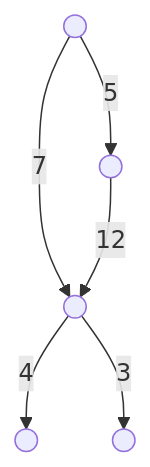
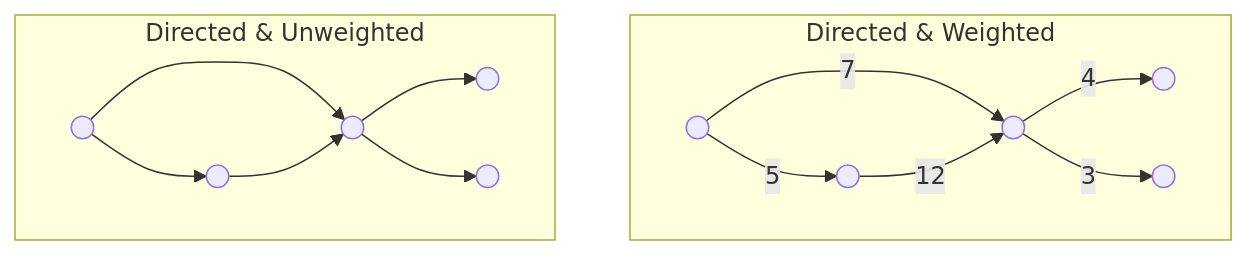
Before and after one commit to uncle-yi/uncle-yi.github.io: the second of 4 diagrams in _posts/2023-01-18-graph-neural-network-basics.md, drawn with Mermaid. The commit also changed other lines of this file, not shown here.

````diff
--- a/_posts/2023-01-18-graph-neural-network-basics.md
+++ b/_posts/2023-01-18-graph-neural-network-basics.md
@@ -43,15 +43,31 @@
 ```mermaid
 flowchart TB
 
+subgraph Directed & Weighted
 R1(( ))
 R2(( ))
 R3(( ))
 R4(( ))
 R5(( ))
 
 R1--5-->R2
 R1--7-->R3
 R2--12-->R3
 R3--4-->R4
 R3--3-->R5
+end
+
+subgraph Directed & Unweighted
+L1(( ))
+L2(( ))
+L3(( ))
+L4(( ))
+L5(( ))
+
+L1-->L2
+L1-->L3
+L2-->L3
+L3-->L4
+L3-->L5
+end
 ```
````
